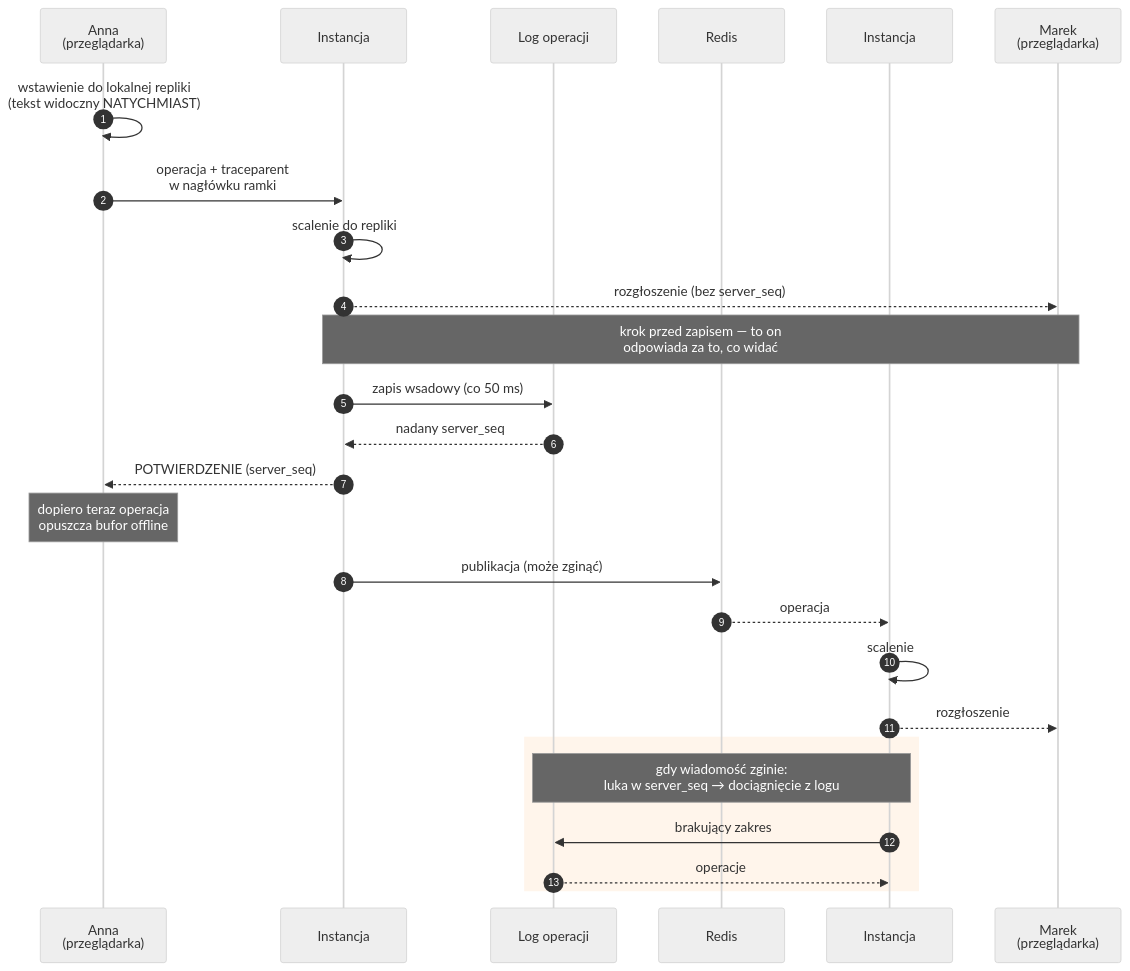
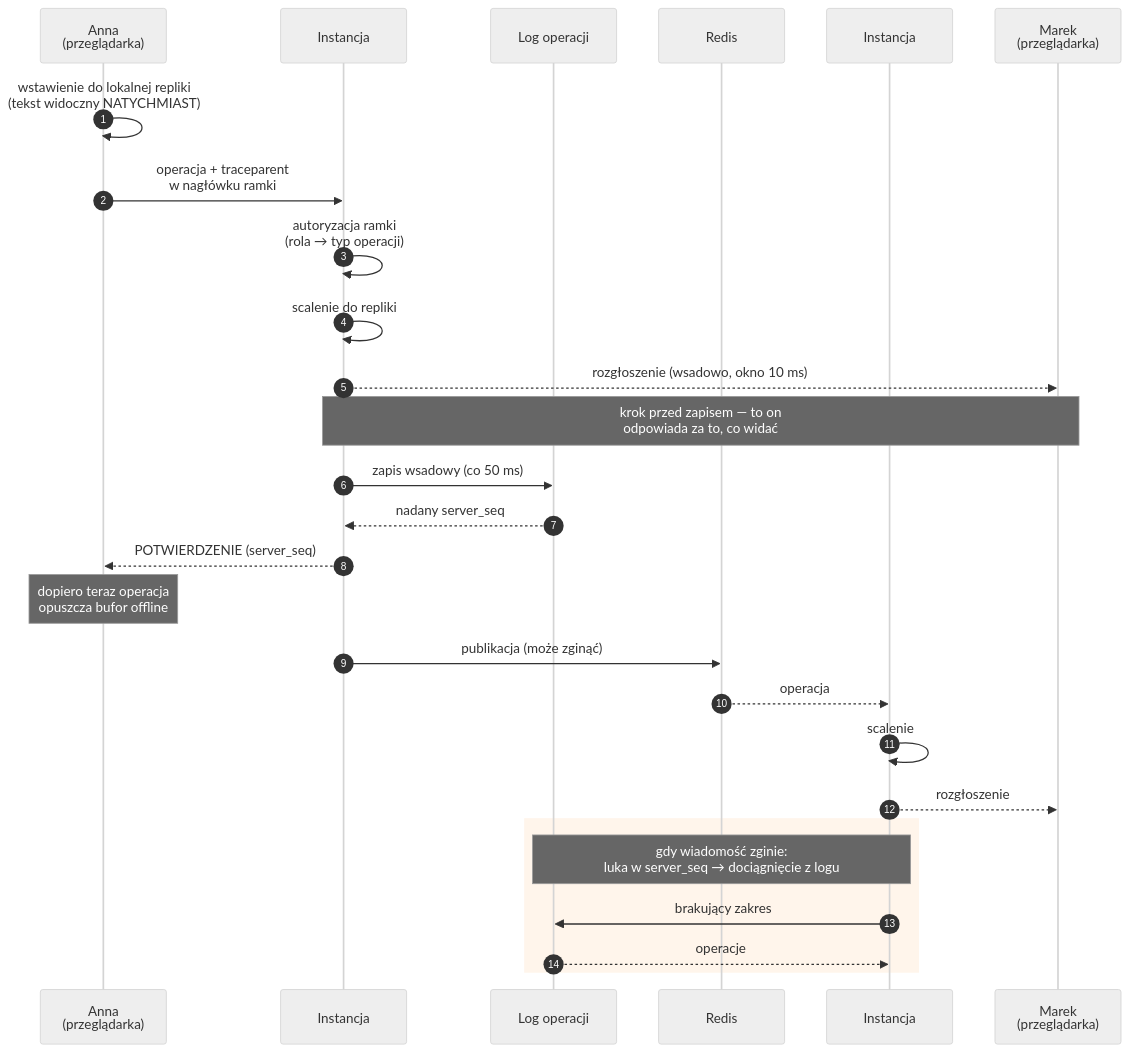
The second of 4 diagrams in docs/architektura.md (mblaszczykowski/Collaborative-Document-Editor), drawn with Mermaid (neutral theme) before and after one commit. The commit also changed other lines of this file and 1 other file, not shown here.

First line of the commit message:
docs: diagramy opisywały aplikację sprzed planu v2

````diff
--- a/docs/architektura.md
+++ b/docs/architektura.md
@@ -55,32 +64,33 @@
 ```mermaid
 sequenceDiagram
     autonumber
     participant A as Anna<br/>(przeglądarka)
     participant S as Instancja #1
     participant DB as Log operacji
     participant R as Redis
     participant S2 as Instancja #2
     participant M as Marek<br/>(przeglądarka)
 
     A->>A: wstawienie do lokalnej repliki<br/>(tekst widoczny NATYCHMIAST)
     A->>S: operacja + traceparent<br/>w nagłówku ramki
+    S->>S: autoryzacja ramki<br/>(rola → typ operacji)
     S->>S: scalenie do repliki
-    S-->>M: rozgłoszenie (bez server_seq)
+    S-->>M: rozgłoszenie (wsadowo, okno 10 ms)
     Note over S,M: krok przed zapisem — to on<br/>odpowiada za to, co widać
 
     S->>DB: zapis wsadowy (co 50 ms)
     DB-->>S: nadany server_seq
     S-->>A: POTWIERDZENIE (server_seq)
     Note over A: dopiero teraz operacja<br/>opuszcza bufor offline
 
     S->>R: publikacja (może zginąć)
     R-->>S2: operacja
     S2->>S2: scalenie
     S2-->>M: rozgłoszenie
 
     rect rgb(255, 245, 235)
         Note over S2,DB: gdy wiadomość zginie:<br/>luka w server_seq → dociągnięcie z logu
         S2->>DB: brakujący zakres
         DB-->>S2: operacje
     end
 ```
````
